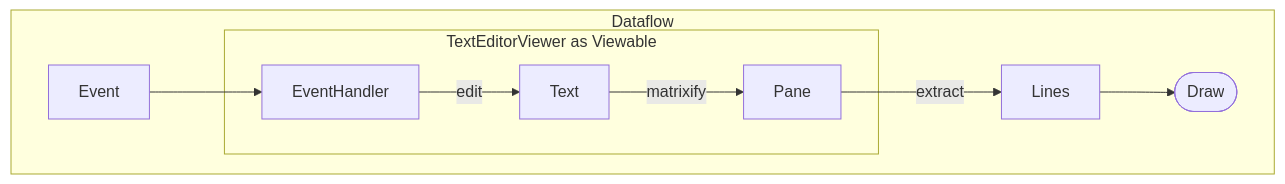
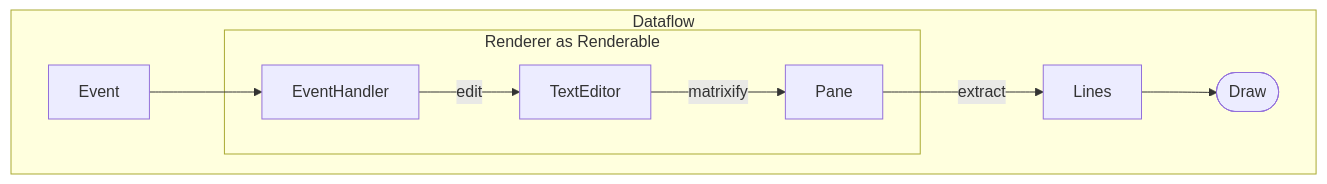
The diagram in README.md (ynqa/promkit), drawn with Mermaid before and after one commit. The commit also changed other lines of this file and 24 other files, not shown here.

````diff
--- a/README.md
+++ b/README.md
@@ -127,12 +127,12 @@
 ```mermaid
 graph
   subgraph Dataflow
     Event --> EventHandler
-    subgraph TextEditorViewer as Viewable
-      EventHandler --> |edit| Text
-      Text --> |matrixify| Pane
+    subgraph Renderer as Renderable
+      EventHandler --> |edit| TextEditor
+      TextEditor --> |matrixify| Pane
     end
       Pane -->|extract| Lines
     Lines --> F([Draw])
   end
 ```
````
